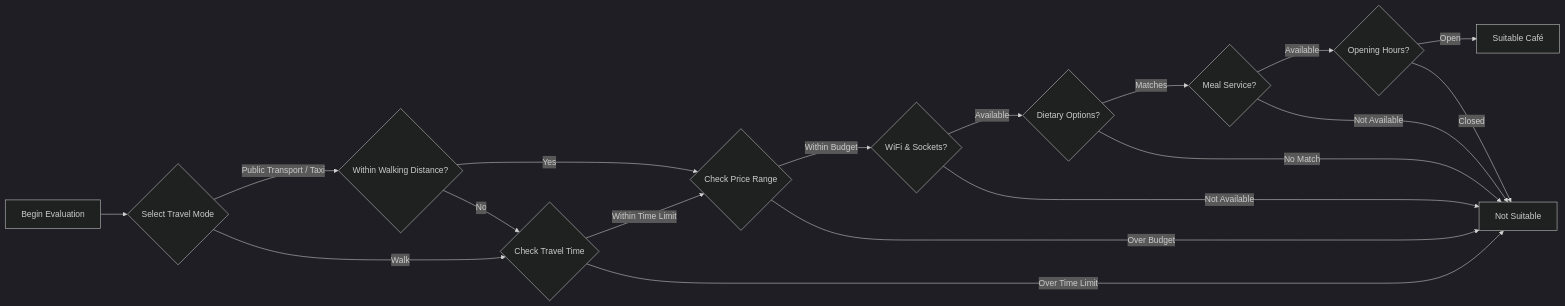
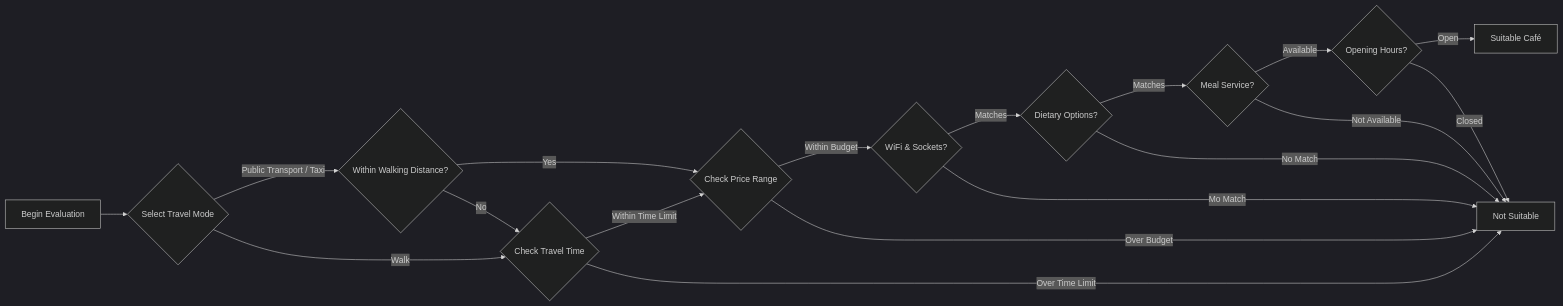
Before and after one commit to ddanakim0304/Prolog-cafe-finder: the diagram in README.md, drawn with Mermaid (dark theme).

````diff
--- a/README.md
+++ b/README.md
@@ -7,21 +7,21 @@
 ```mermaid
 flowchart LR
     A[Begin Evaluation] --> B{Select Travel Mode}
     B -->|Public Transport / Taxi| C{Within Walking Distance?}
     B -->|Walk| D{Check Travel Time}
     C -->|Yes| E{Check Price Range}
     C -->|No| D
     D -->|Within Time Limit| E
     D -->|Over Time Limit| F[Not Suitable]
     E -->|Within Budget| G{WiFi & Sockets?}
     E -->|Over Budget| F
-    G -->|Available| H{Dietary Options?}
-    G -->|Not Available| F
+    G -->|Matches| H{Dietary Options?}
+    G -->|Mo Match| F
     H -->|Matches| I{Meal Service?}
     H -->|No Match| F
     I -->|Available| J{Opening Hours?}
     I -->|Not Available| F
     J -->|Open| K[Suitable Café]
     J -->|Closed| F
 
 ```
````
